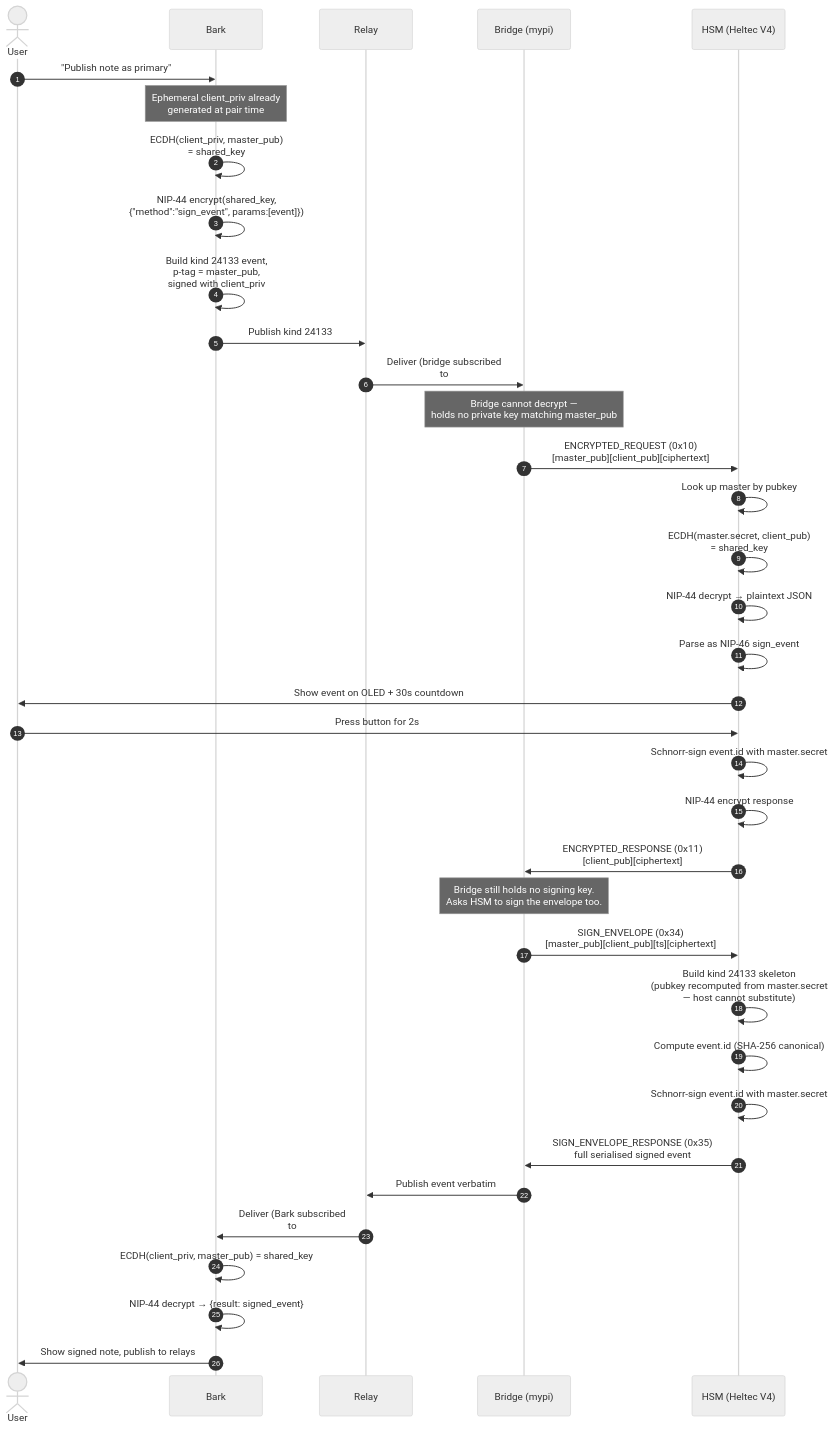
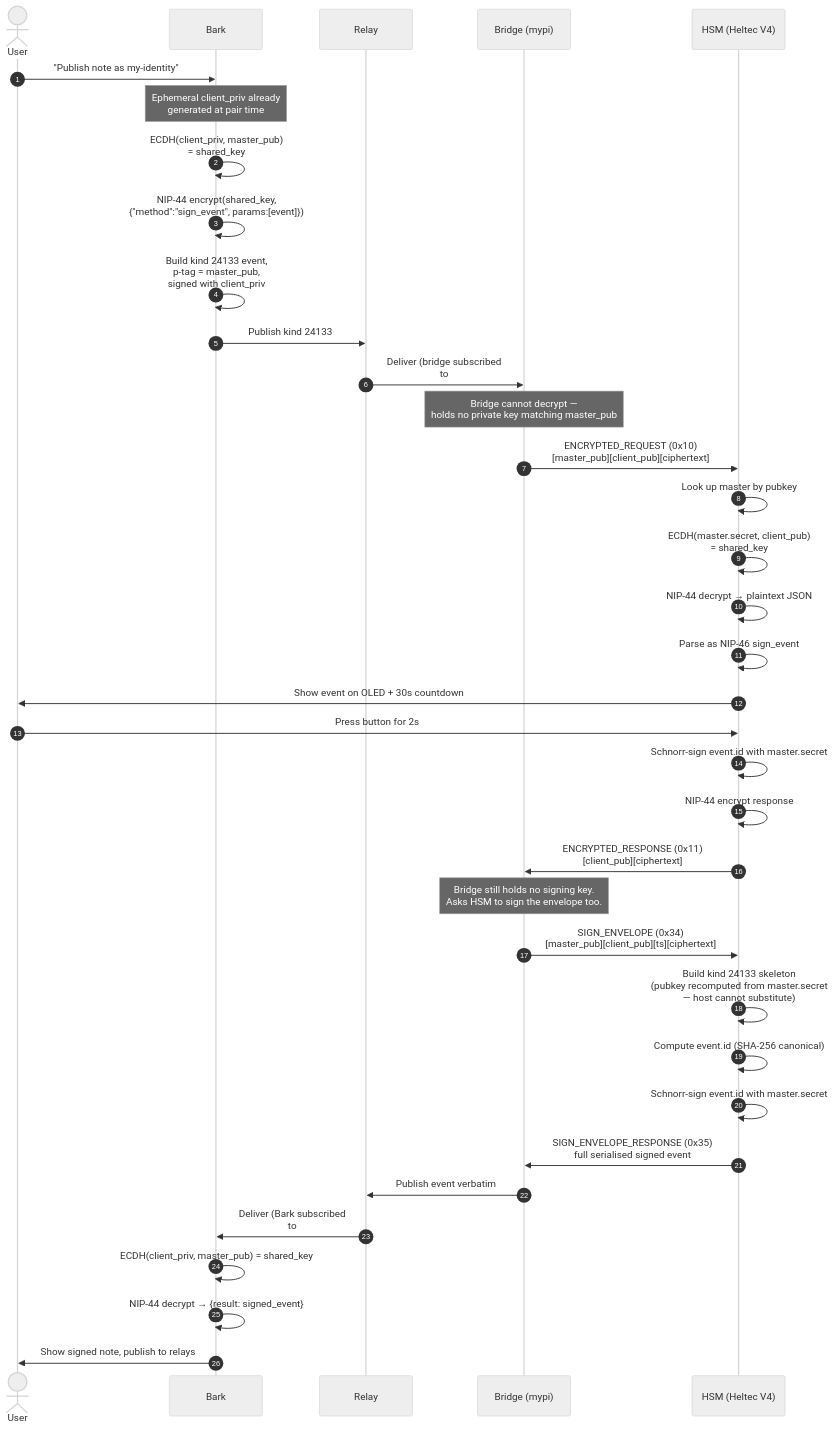
The second of 5 diagrams in docs/architecture.md (forgesworn/heartwood-esp32), drawn with Mermaid (neutral theme) before and after one commit. The commit also changed other lines of this file and 31 other files, not shown here.

````diff
--- a/docs/architecture.md
+++ b/docs/architecture.md
@@ -66,45 +66,45 @@
 ```mermaid
 sequenceDiagram
     autonumber
     actor User
     participant Bark
     participant Relay
     participant Bridge as Bridge (mypi)
     participant HSM as HSM (Heltec V4)
 
-    User->>Bark: "Publish note as primary"
+    User->>Bark: "Publish note as my-identity"
     Note over Bark: Ephemeral client_priv already<br/>generated at pair time
     Bark->>Bark: ECDH(client_priv, master_pub)<br/>= shared_key
     Bark->>Bark: NIP-44 encrypt(shared_key,<br/>{"method":"sign_event", params:[event]})
     Bark->>Bark: Build kind 24133 event,<br/>p-tag = master_pub,<br/>signed with client_priv
     Bark->>Relay: Publish kind 24133
     Relay->>Bridge: Deliver (bridge subscribed<br/>to #p = master_pub)
 
     Note over Bridge: Bridge cannot decrypt —<br/>holds no private key matching master_pub
     Bridge->>HSM: ENCRYPTED_REQUEST (0x10)<br/>[master_pub][client_pub][ciphertext]
 
     HSM->>HSM: Look up master by pubkey
     HSM->>HSM: ECDH(master.secret, client_pub)<br/>= shared_key
     HSM->>HSM: NIP-44 decrypt → plaintext JSON
     HSM->>HSM: Parse as NIP-46 sign_event
     HSM->>User: Show event on OLED + 30s countdown
     User->>HSM: Press button for 2s
     HSM->>HSM: Schnorr-sign event.id with master.secret
     HSM->>HSM: NIP-44 encrypt response
     HSM->>Bridge: ENCRYPTED_RESPONSE (0x11)<br/>[client_pub][ciphertext]
 
     Note over Bridge: Bridge still holds no signing key.<br/>Asks HSM to sign the envelope too.
     Bridge->>HSM: SIGN_ENVELOPE (0x34)<br/>[master_pub][client_pub][ts][ciphertext]
 
     HSM->>HSM: Build kind 24133 skeleton<br/>(pubkey recomputed from master.secret<br/>— host cannot substitute)
     HSM->>HSM: Compute event.id (SHA-256 canonical)
     HSM->>HSM: Schnorr-sign event.id with master.secret
     HSM->>Bridge: SIGN_ENVELOPE_RESPONSE (0x35)<br/>full serialised signed event
 
     Bridge->>Relay: Publish event verbatim
     Relay->>Bark: Deliver (Bark subscribed<br/>to #p = client_pub)
 
     Bark->>Bark: ECDH(client_priv, master_pub) = shared_key
     Bark->>Bark: NIP-44 decrypt → {result: signed_event}
     Bark->>User: Show signed note, publish to relays
 ```
````
